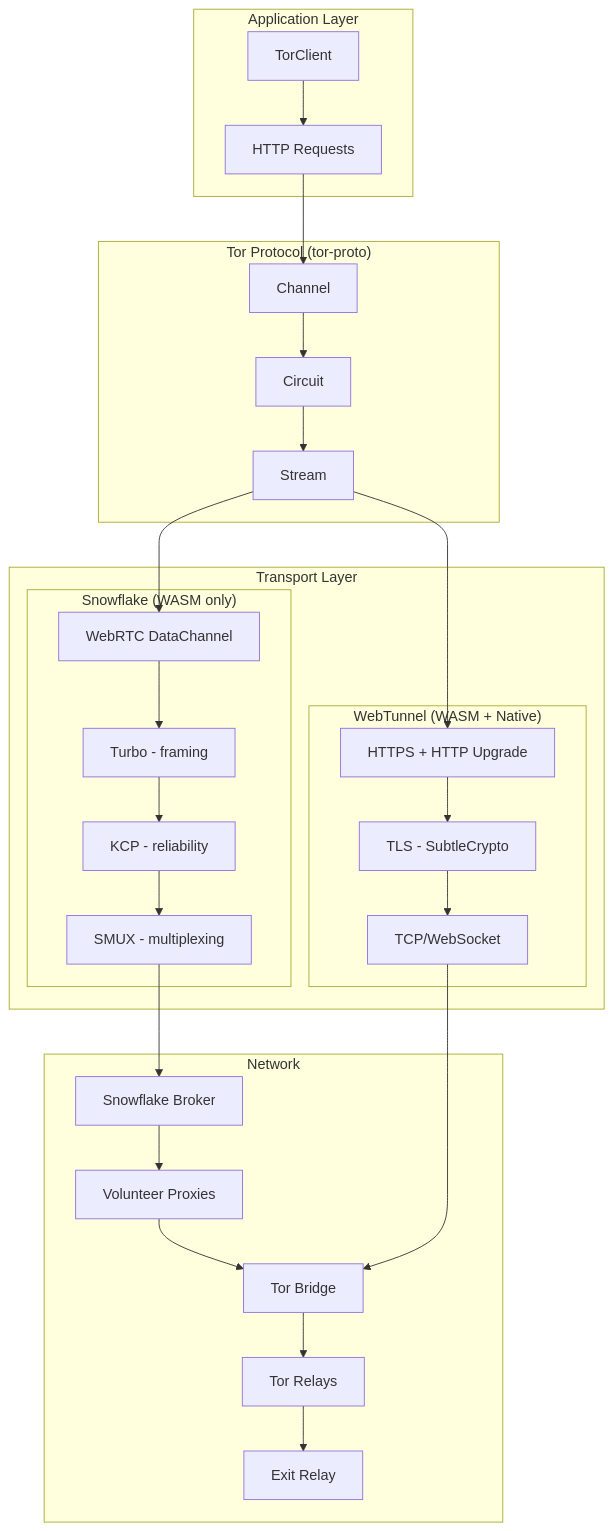
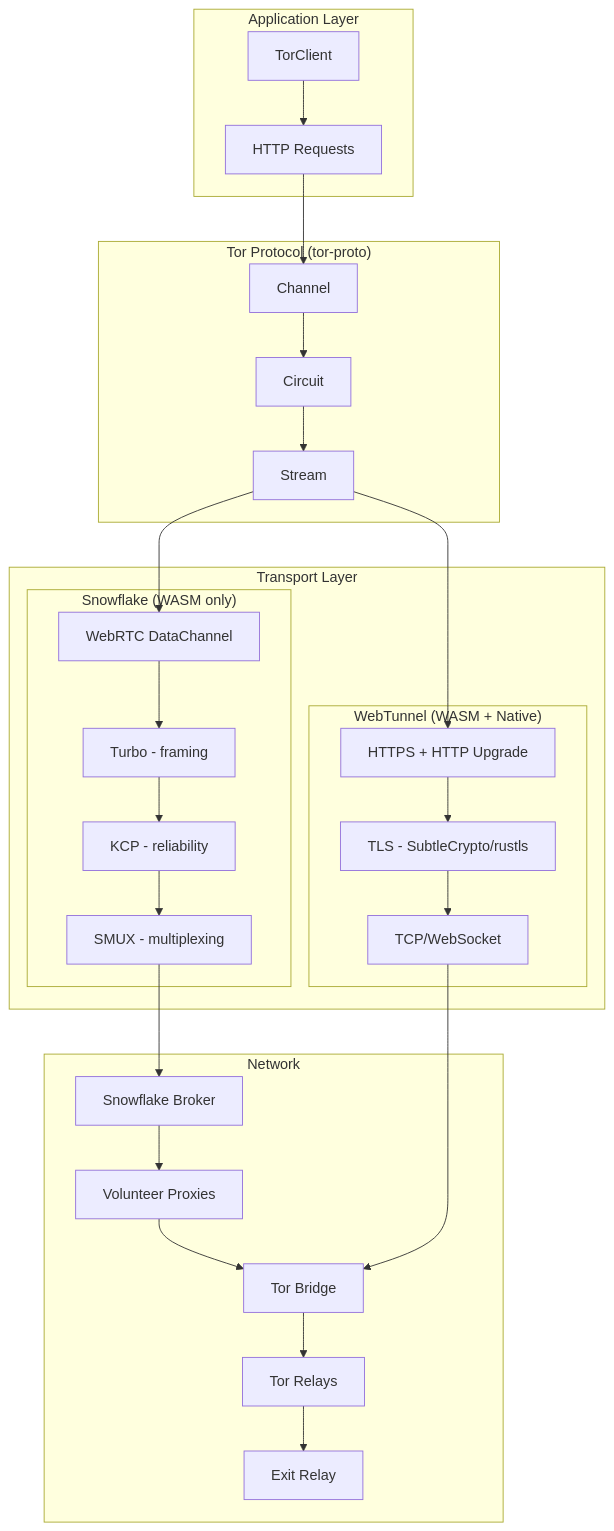
Before and after one commit to voltrevo/arti: the diagram in webtor-rs/README.md, drawn with Mermaid. The commit also changed other lines of this file and 3 other files, not shown here.

````diff
--- a/webtor-rs/README.md
+++ b/webtor-rs/README.md
@@ -111,58 +113,58 @@
 ```mermaid
 flowchart TB
     subgraph App["Application Layer"]
         TC[TorClient]
         HTTP[HTTP Requests]
     end
     
     subgraph TorProto["Tor Protocol (tor-proto)"]
         Channel[Channel]
         Circuit[Circuit]
         Stream[Stream]
     end
     
     subgraph Transports["Transport Layer"]
         subgraph Snowflake["Snowflake (WASM only)"]
             WebRTC[WebRTC DataChannel]
             Turbo[Turbo - framing]
             KCP[KCP - reliability]
             SMUX[SMUX - multiplexing]
         end
         
         subgraph WebTunnel["WebTunnel (WASM + Native)"]
             HTTPS[HTTPS + HTTP Upgrade]
-            TLS[TLS - SubtleCrypto]
+            TLS[TLS - SubtleCrypto/rustls]
             TCP[TCP/WebSocket]
         end
     end
     
     subgraph Network["Network"]
         Broker[Snowflake Broker]
         Proxies[Volunteer Proxies]
         Bridge[Tor Bridge]
         Relays[Tor Relays]
         Exit[Exit Relay]
     end
     
     TC --> HTTP
     HTTP --> Channel
     Channel --> Circuit
     Circuit --> Stream
     
     Stream --> WebRTC
     Stream --> HTTPS
     
     WebRTC --> Turbo
     Turbo --> KCP
     KCP --> SMUX
     SMUX --> Broker
     Broker --> Proxies
     Proxies --> Bridge
     
     HTTPS --> TLS
     TLS --> TCP
     TCP --> Bridge
     
     Bridge --> Relays
     Relays --> Exit
 ```
````
